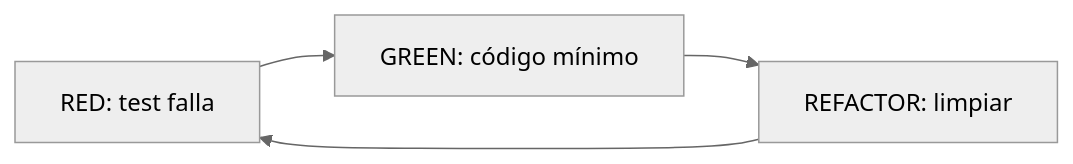
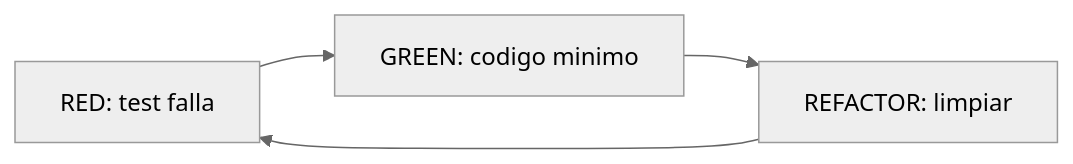
Before and after one commit to Dario-Arcos/ai-framework: the second of 2 diagrams in human-handbook/docs/ai-first-workflow.md, drawn with Mermaid. The commit also changed other lines of this file and 65 other files, not shown here.

````diff
--- a/human-handbook/docs/ai-first-workflow.md
+++ b/human-handbook/docs/ai-first-workflow.md
@@ -91,5 +63,5 @@
 ```mermaid
 %%{init: {'theme': 'neutral'}}%%
 flowchart LR
-    R["RED: test falla"] --> G["GREEN: código mínimo"] --> RF["REFACTOR: limpiar"] --> R
+    R["RED: test falla"] --> G["GREEN: codigo minimo"] --> RF["REFACTOR: limpiar"] --> R
 ```
````
